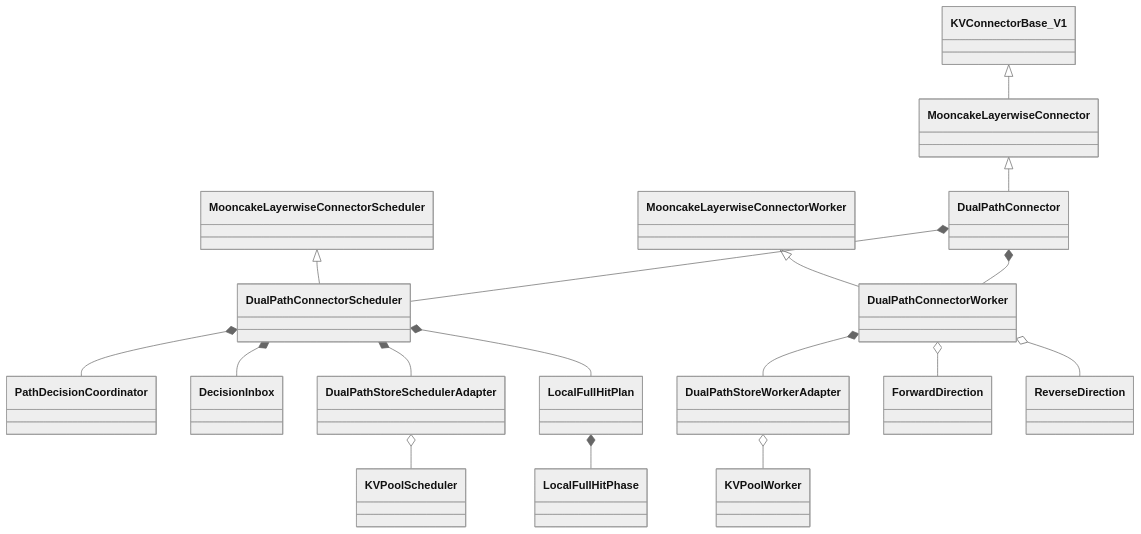
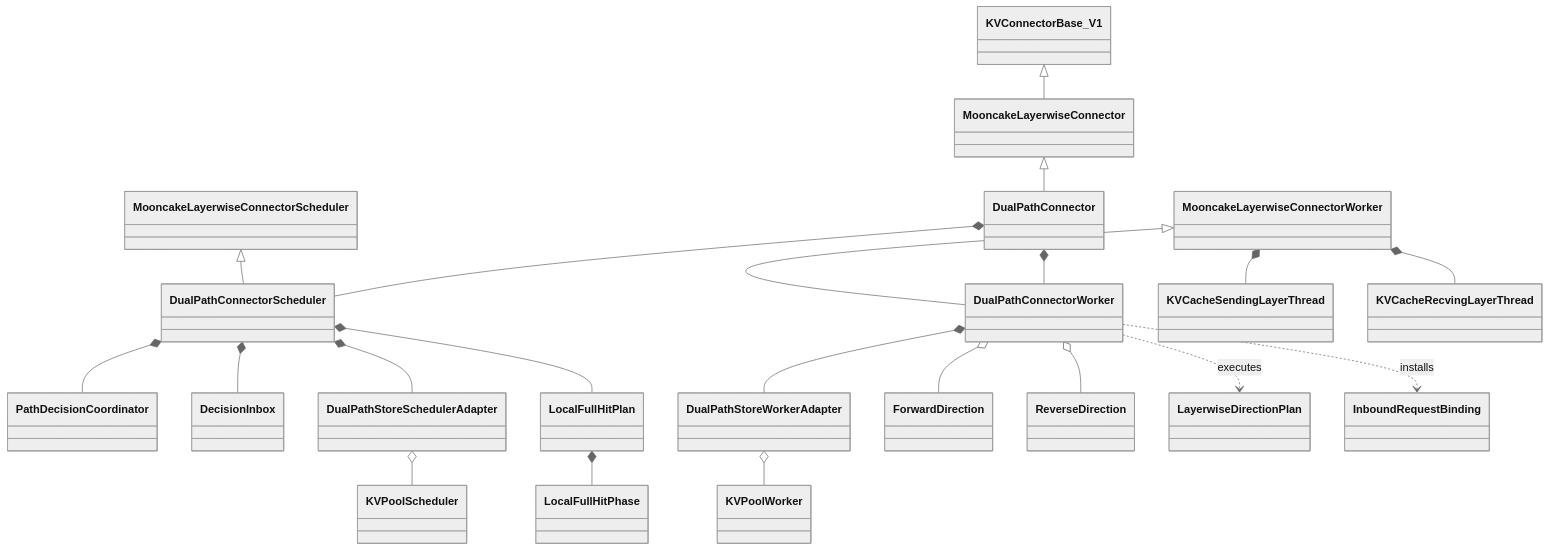
One commit to mazifan0120/vllm-ascend changed the fourth of 7 diagrams in docs/superpowers/specs/2026-07-23-dual-path-connector-stage1-option-a-detailed-design.md. Above: the diagram before and after it, drawn with Mermaid (neutral theme). The commit also changed other lines of this file, not shown here.

Commit message:
docs: detail DualPath bidirectional transfer design

````diff
--- a/docs/superpowers/specs/2026-07-23-dual-path-connector-stage1-option-a-detailed-design.md
+++ b/docs/superpowers/specs/2026-07-23-dual-path-connector-stage1-option-a-detailed-design.md
@@ -873,37 +944,45 @@
 ```mermaid
 classDiagram
     class KVConnectorBase_V1
     class MooncakeLayerwiseConnector
     class MooncakeLayerwiseConnectorScheduler
     class MooncakeLayerwiseConnectorWorker
     class DualPathConnector
     class DualPathConnectorScheduler
     class DualPathConnectorWorker
     class PathDecisionCoordinator
     class DecisionInbox
     class LocalFullHitPlan
     class LocalFullHitPhase
     class DualPathStoreSchedulerAdapter
     class DualPathStoreWorkerAdapter
     class ForwardDirection
     class ReverseDirection
+    class LayerwiseDirectionPlan
+    class InboundRequestBinding
+    class KVCacheSendingLayerThread
+    class KVCacheRecvingLayerThread
     class KVPoolScheduler
     class KVPoolWorker
 
     KVConnectorBase_V1 <|-- MooncakeLayerwiseConnector
     MooncakeLayerwiseConnector <|-- DualPathConnector
     MooncakeLayerwiseConnectorScheduler <|-- DualPathConnectorScheduler
     MooncakeLayerwiseConnectorWorker <|-- DualPathConnectorWorker
     DualPathConnector *-- DualPathConnectorScheduler
     DualPathConnector *-- DualPathConnectorWorker
     DualPathConnectorScheduler *-- PathDecisionCoordinator
     DualPathConnectorScheduler *-- DecisionInbox
     DualPathConnectorScheduler *-- DualPathStoreSchedulerAdapter
     DualPathConnectorWorker *-- DualPathStoreWorkerAdapter
     DualPathConnectorScheduler *-- LocalFullHitPlan
     LocalFullHitPlan *-- LocalFullHitPhase
     DualPathConnectorWorker o-- ForwardDirection
     DualPathConnectorWorker o-- ReverseDirection
+    DualPathConnectorWorker ..> LayerwiseDirectionPlan : executes
+    DualPathConnectorWorker ..> InboundRequestBinding : installs
+    MooncakeLayerwiseConnectorWorker *-- KVCacheSendingLayerThread
+    MooncakeLayerwiseConnectorWorker *-- KVCacheRecvingLayerThread
     DualPathStoreSchedulerAdapter o-- KVPoolScheduler
     DualPathStoreWorkerAdapter o-- KVPoolWorker
 ```
````
